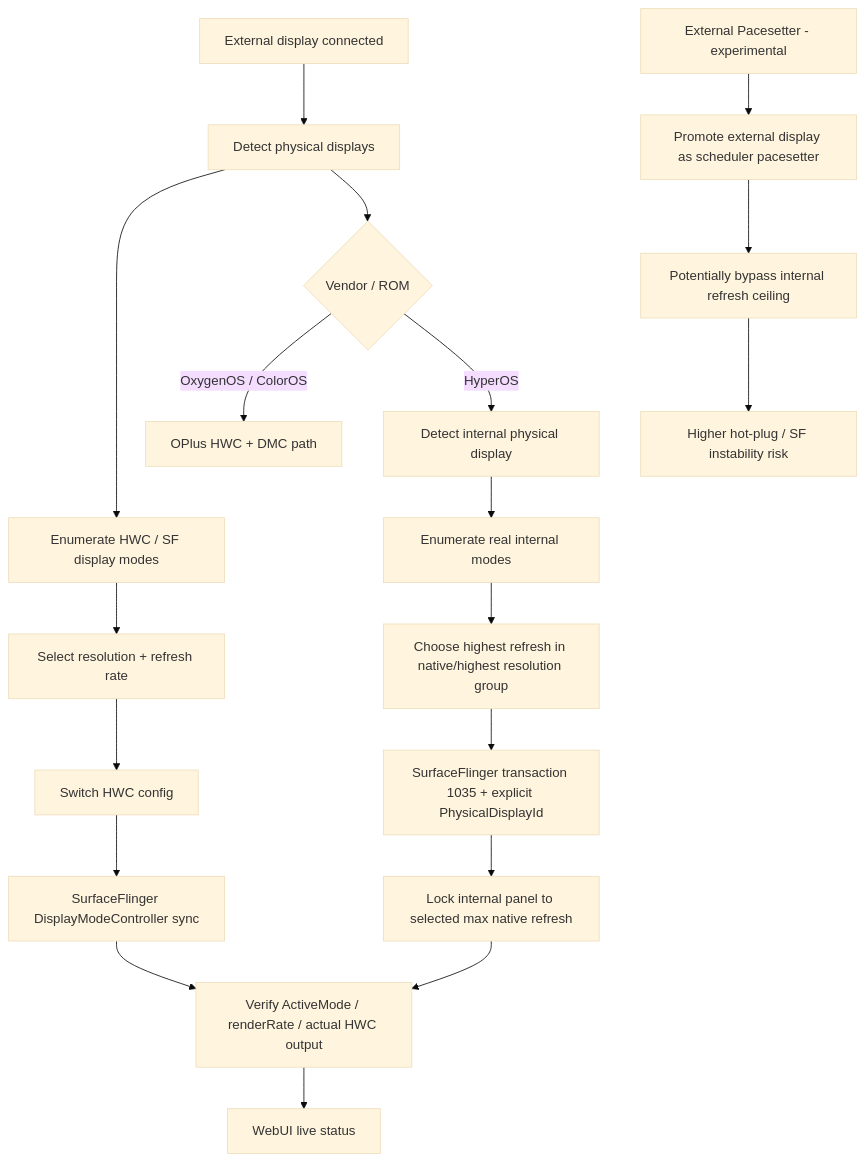
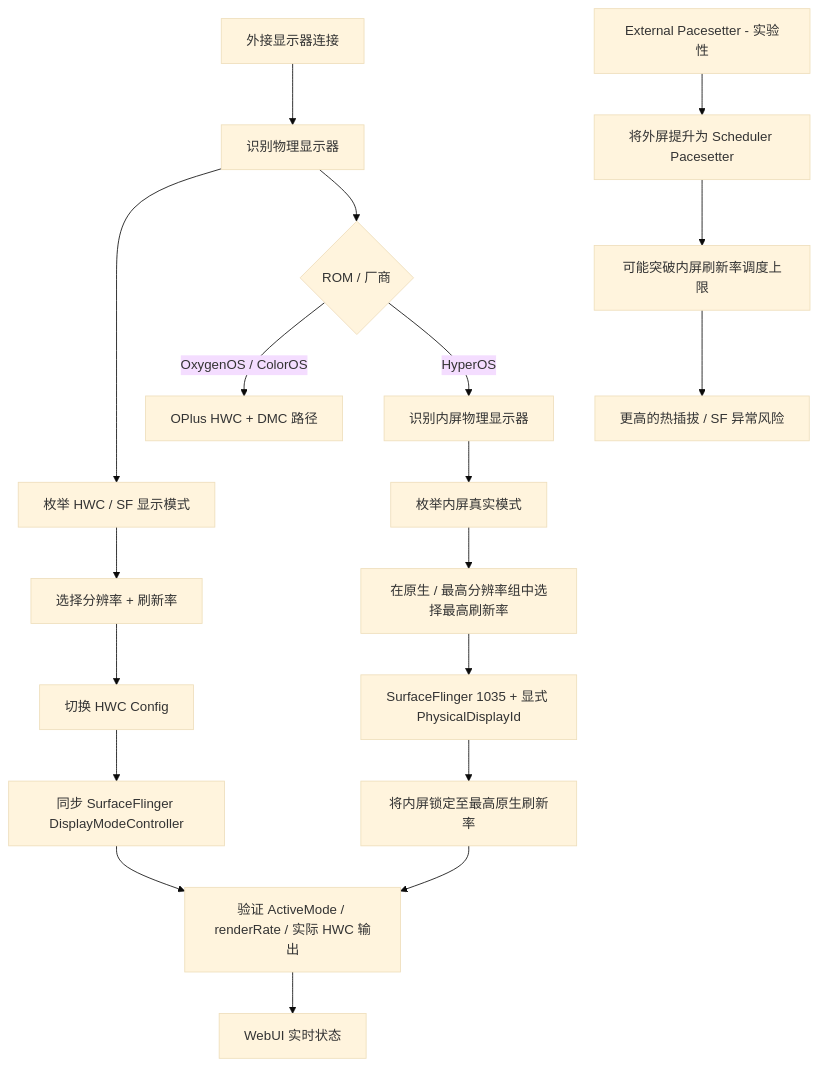
The first of 3 diagrams in README.md (Kimuinaii/OPlusAutoHR), drawn with Mermaid (base theme) before and after one commit. The commit also changed other lines of this file and 3 other files, not shown here.

````diff
--- a/README.md
+++ b/README.md
@@ -76,23 +80,23 @@
 ```mermaid
 flowchart TD
-    A[External display connected] --> B[Detect physical displays]
-    B --> C[Enumerate HWC / SF display modes]
-    C --> D[Select resolution + refresh rate]
-    D --> E[Switch HWC config]
-    E --> F[SurfaceFlinger DisplayModeController sync]
-    F --> G[Verify ActiveMode / renderRate / actual HWC output]
-    G --> H[WebUI live status]
+    A[外接显示器连接] --> B[识别物理显示器]
+    B --> C[枚举 HWC / SF 显示模式]
+    C --> D[选择分辨率 + 刷新率]
+    D --> E[切换 HWC Config]
+    E --> F[同步 SurfaceFlinger DisplayModeController]
+    F --> G[验证 ActiveMode / renderRate / 实际 HWC 输出]
+    G --> H[WebUI 实时状态]
 
-    B --> I{Vendor / ROM}
-    I -->|OxygenOS / ColorOS| J[OPlus HWC + DMC path]
-    I -->|HyperOS| K[Detect internal physical display]
-    K --> L[Enumerate real internal modes]
-    L --> M[Choose highest refresh in native/highest resolution group]
-    M --> N[SurfaceFlinger transaction 1035 + explicit PhysicalDisplayId]
-    N --> O[Lock internal panel to selected max native refresh]
+    B --> I{ROM / 厂商}
+    I -->|OxygenOS / ColorOS| J[OPlus HWC + DMC 路径]
+    I -->|HyperOS| K[识别内屏物理显示器]
+    K --> L[枚举内屏真实模式]
+    L --> M[在原生 / 最高分辨率组中选择最高刷新率]
+    M --> N[SurfaceFlinger 1035 + 显式 PhysicalDisplayId]
+    N --> O[将内屏锁定至最高原生刷新率]
     O --> G
 
-    P[External Pacesetter - experimental] --> Q[Promote external display as scheduler pacesetter]
-    Q --> R[Potentially bypass internal refresh ceiling]
-    R --> S[Higher hot-plug / SF instability risk]
+    P[External Pacesetter - 实验性] --> Q[将外屏提升为 Scheduler Pacesetter]
+    Q --> R[可能突破内屏刷新率调度上限]
+    R --> S[更高的热插拔 / SF 异常风险]
 ```
````
